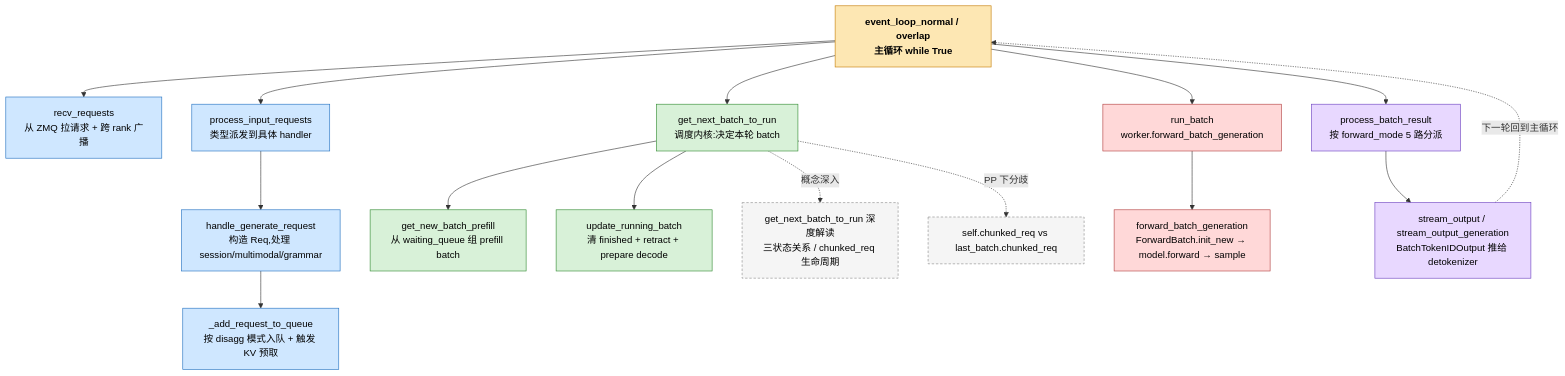
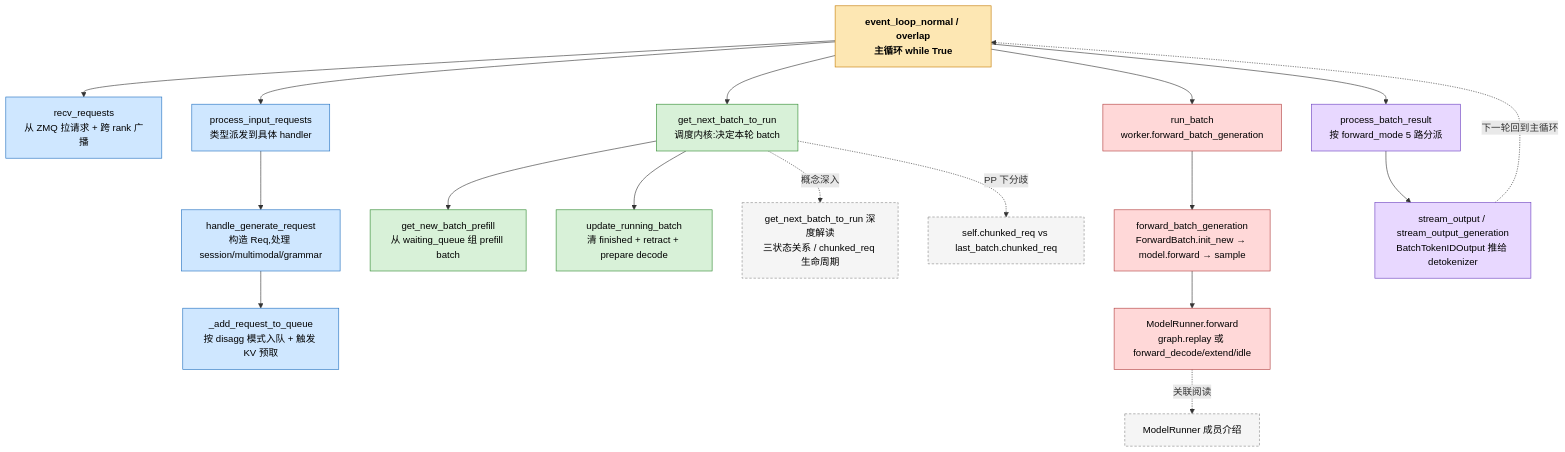
The diagram in articles/scheduler-call-graph.zh.md (haoxulinux-oss/sglang-note), drawn with Mermaid before and after one commit. The commit also changed 4 other files, not shown here.

Commit message:
model-runner

````diff
--- a/articles/scheduler-call-graph.zh.md
+++ b/articles/scheduler-call-graph.zh.md
@@ -5,50 +5,54 @@
 ```mermaid
 flowchart TD
     classDef entry fill:#fde7b3,stroke:#c47b00,color:#000,font-weight:bold
     classDef recv fill:#cfe7ff,stroke:#1f6fbf,color:#000
     classDef sched fill:#d8f1d8,stroke:#2f8a2f,color:#000
     classDef forward fill:#ffd8d8,stroke:#b13c3c,color:#000
     classDef output fill:#e8d8ff,stroke:#6a3fbf,color:#000
     classDef topic fill:#f5f5f5,stroke:#888,color:#000,stroke-dasharray:4 3
 
     A[event_loop_normal / overlap<br/>主循环 while True]:::entry
 
     A --> B[recv_requests<br/>从 ZMQ 拉请求 + 跨 rank 广播]:::recv
     A --> C[process_input_requests<br/>类型派发到具体 handler]:::recv
 
     C --> D[handle_generate_request<br/>构造 Req,处理 session/multimodal/grammar]:::recv
     D --> E[_add_request_to_queue<br/>按 disagg 模式入队 + 触发 KV 预取]:::recv
 
     A --> F[get_next_batch_to_run<br/>调度内核:决定本轮 batch]:::sched
     F --> G[get_new_batch_prefill<br/>从 waiting_queue 组 prefill batch]:::sched
     F --> H[update_running_batch<br/>清 finished + retract + prepare decode]:::sched
 
     A --> I[run_batch<br/>worker.forward_batch_generation]:::forward
     I --> I2[forward_batch_generation<br/>ForwardBatch.init_new → model.forward → sample]:::forward
+    I2 --> I3[ModelRunner.forward<br/>graph.replay 或 forward_decode/extend/idle]:::forward
+    I3 -. 关联阅读 .-> Z3[ModelRunner 成员介绍]:::topic
 
     A --> J[process_batch_result<br/>按 forward_mode 5 路分派]:::output
     J --> K[stream_output / stream_output_generation<br/>BatchTokenIDOutput 推给 detokenizer]:::output
 
     %% Loop edge
     K -.下一轮回到主循环.-> A
 
     %% Conceptual deep-dive topics (虚线表示「关联阅读」)
     F -. 概念深入.-> Z1[get_next_batch_to_run 深度解读<br/>三状态关系 / chunked_req 生命周期]:::topic
     F -. PP 下分歧.-> Z2[self.chunked_req vs last_batch.chunked_req]:::topic
 
     %% click bindings (GitHub Mermaid supports relative links)
     click A "scheduler-recv-and-run.zh.md" "Scheduler 如何从 ZMQ 拿请求并跑推理"
     click B "scheduler-recv-requests.zh.md" "recv_requests 解析"
     click C "scheduler-process-input-requests.zh.md" "process_input_requests 解析"
     click D "scheduler-handle-generate-request.zh.md" "handle_generate_request 解析"
     click E "scheduler-add-request-to-queue.zh.md" "_add_request_to_queue 解析"
     click F "scheduler-get-next-batch-to-run.zh.md" "get_next_batch_to_run 解析"
     click G "scheduler-get-new-batch-prefill.zh.md" "get_new_batch_prefill 解析"
     click H "scheduler-update-running-batch.zh.md" "update_running_batch 解析"
     click I "scheduler-run-batch.zh.md" "run_batch 解析"
     click I2 "forward-batch-generation.zh.md" "forward_batch_generation 解析(初学者向)"
+    click I3 "model-runner-forward.zh.md" "ModelRunner.forward 方法详解"
+    click Z3 "model-runner-overview.zh.md" "ModelRunner 成员介绍"
     click J "scheduler-process-batch-result.zh.md" "process_batch_result 解析"
     click K "scheduler-stream-output.zh.md" "stream_output / stream_output_generation 解析"
     click Z1 "scheduler-get-next-batch-to-run-deep-dive.zh.md" "深度解读"
     click Z2 "scheduler-chunked-req-vs-last-batch-chunked-req.zh.md" "self.chunked_req vs last_batch.chunked_req"
 ```
````
